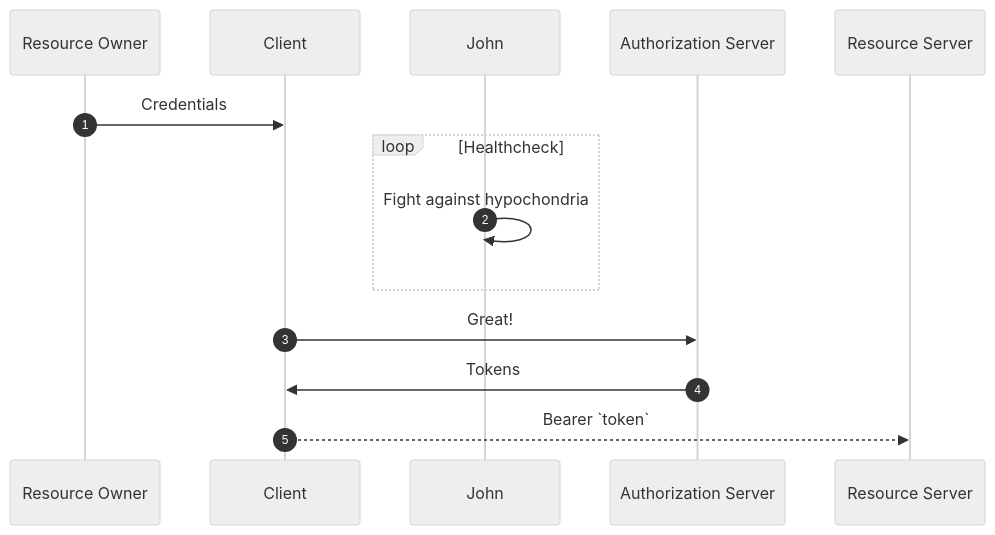
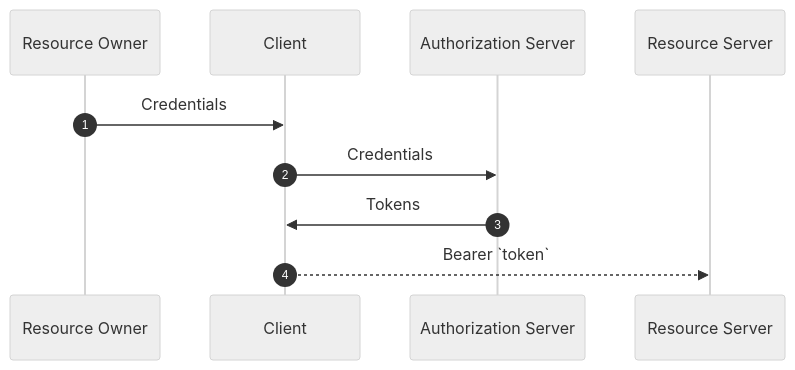
One commit to m-thirumal/oauth-authorization-server changed the diagram in docs/index.md. Above: the diagram before and after it, drawn with Mermaid (neutral theme).

````diff
--- a/docs/index.md
+++ b/docs/index.md
@@ -9,12 +9,9 @@
 ``` mermaid
 sequenceDiagram
   autonumber
   Resource Owner->>Client: Credentials
-  loop Healthcheck
-      John->>John: Fight against hypochondria
-  end
-  Client->>Authorization Server: Great!
+  Client->>Authorization Server: Credentials
   Authorization Server->>Client: Tokens
   Client-->>Resource Server: Bearer `token`
 
 ```
````
